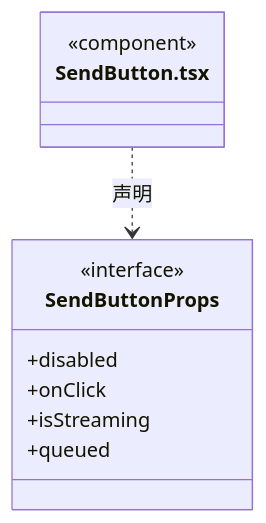
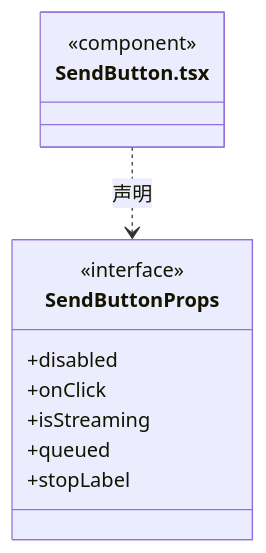
One commit to nan023062/cbim changed diagram 19 of 36 in src/frontend/conversation/ARCHITECTURE.md. Above: the diagram before and after it, drawn with Mermaid. The commit also changed other lines of this file and 49 other files, not shown here.

````diff
--- a/src/frontend/conversation/ARCHITECTURE.md
+++ b/src/frontend/conversation/ARCHITECTURE.md
@@ -246,14 +259,15 @@
 ```mermaid
 classDiagram
 class N_src_frontend_conversation_SendButton_tsx["SendButton.tsx"] {
   <<component>>
 }
 class N_src_frontend_conversation_SendButton_tsx_SendButtonProps["SendButtonProps"] {
   <<interface>>
   +disabled
   +onClick
   +isStreaming
   +queued
+  +stopLabel
 }
 N_src_frontend_conversation_SendButton_tsx ..> N_src_frontend_conversation_SendButton_tsx_SendButtonProps : 声明
 ```
````
